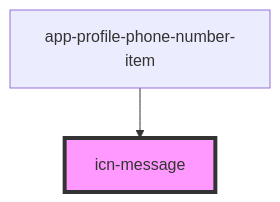
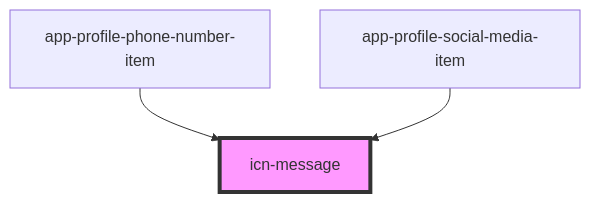
One commit to lokheed/IconEventNetwork.Web changed the diagram in iconeventnetwork-web/src/components/icn-message/readme.md. Above: the diagram before and after it, drawn with Mermaid. The commit also changed other lines of this file and 15 other files, not shown here.

Commit message:
US527 T702 company social media accounts

````diff
--- a/iconeventnetwork-web/src/components/icn-message/readme.md
+++ b/iconeventnetwork-web/src/components/icn-message/readme.md
@@ -36,5 +58,6 @@
 ```mermaid
 graph TD;
   app-profile-phone-number-item --> icn-message
+  app-profile-social-media-item --> icn-message
   style icn-message fill:#f9f,stroke:#333,stroke-width:4px
 ```
````
